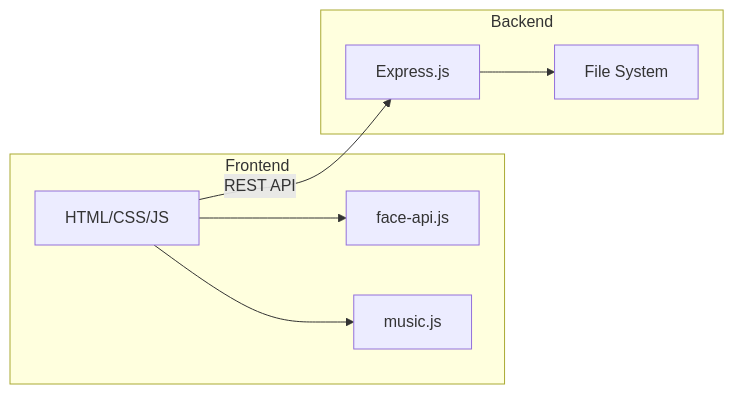
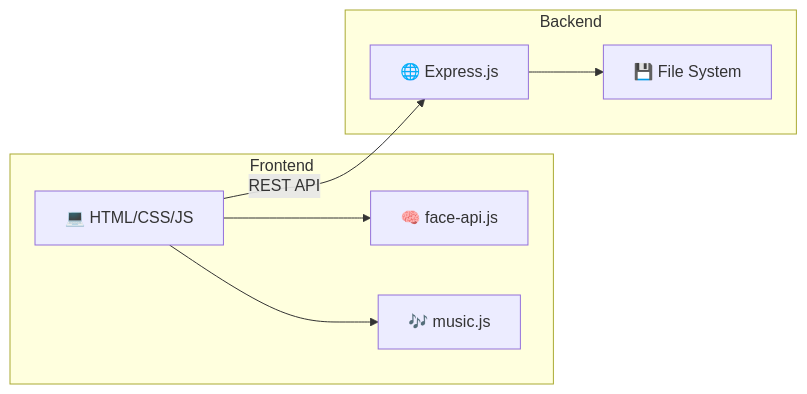
Before and after one commit to strivedi4u/moodify: the second of 4 diagrams in README.md, drawn with Mermaid. The commit also changed other lines of this file, not shown here.

````diff
--- a/README.md
+++ b/README.md
@@ -88,16 +108,16 @@
 ```mermaid
 flowchart LR
     subgraph Frontend
-        UI[HTML/CSS/JS]
-        FaceAPI[face-api.js]
-        MusicPlayer[music.js]
+        UI[💻 HTML/CSS/JS]
+        FaceAPI[🧠 face-api.js]
+        MusicPlayer[🎶 music.js]
     end
     subgraph Backend
-        Express[Express.js]
-        Storage[File System]
+        Express[🌐 Express.js]
+        Storage[💾 File System]
     end
     UI --> FaceAPI
     UI --> MusicPlayer
     UI -->|REST API| Express
     Express --> Storage
 ```
````
